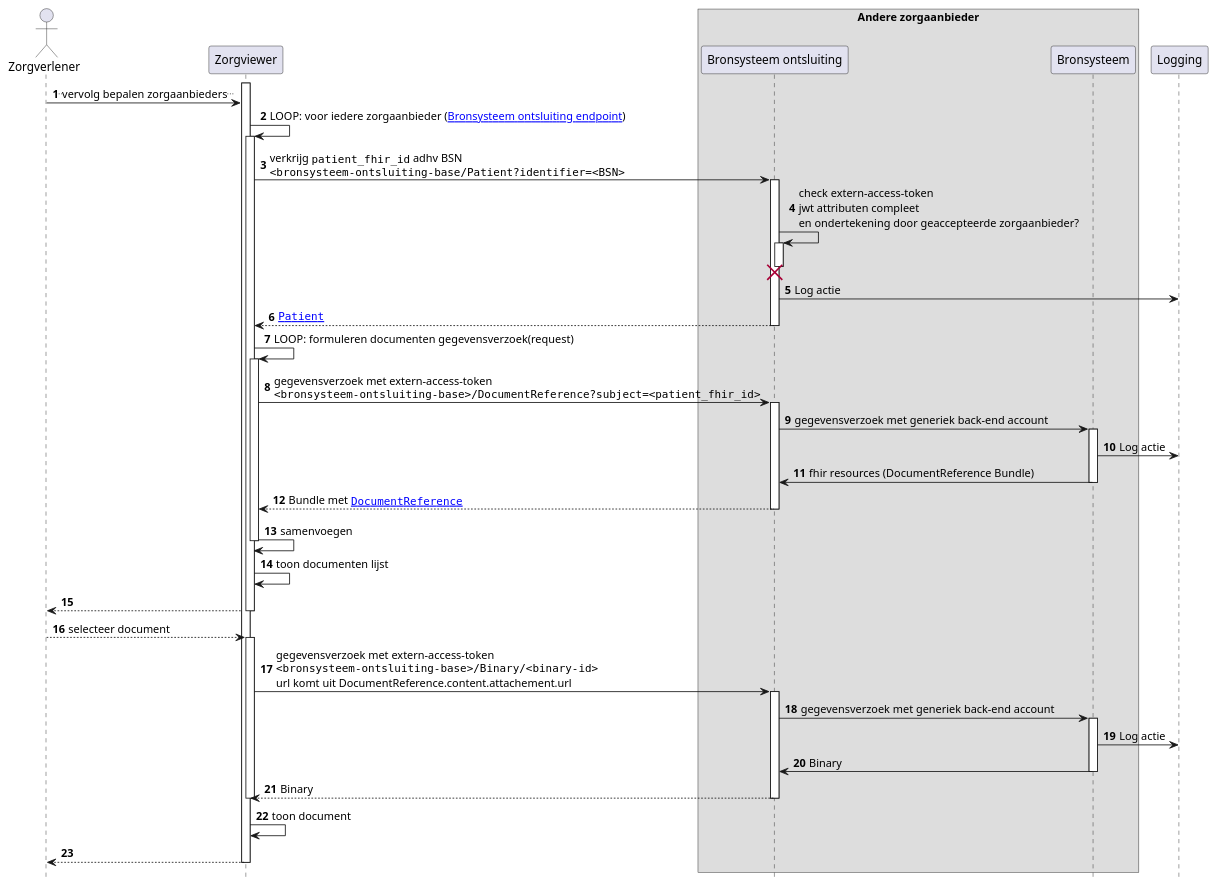
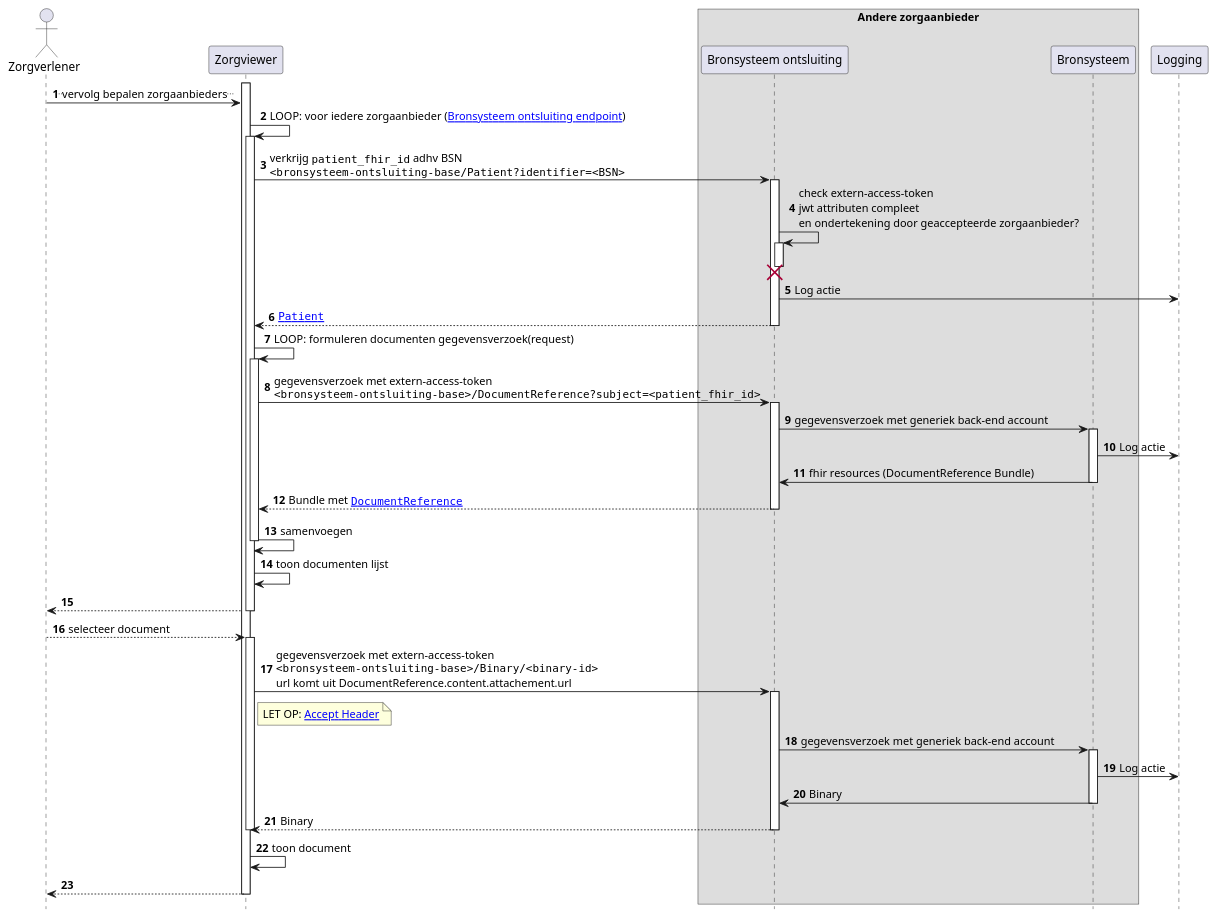
The diagram in input/images-source/Zorgviewer-seq-4.plantuml (RIVO-Noord/zorgviewer-ig), drawn with PlantUML before and after one commit. The commit also changed 3 other files, not shown here.

```diff
--- a/input/images-source/Zorgviewer-seq-4.plantuml
+++ b/input/images-source/Zorgviewer-seq-4.plantuml
@@ -1,56 +1,59 @@
 @startuml
 hide footbox
 autonumber
 
 actor Zorgverlener
 participant Zorgviewer
 box "Andere zorgaanbieder"
 participant "Bronsysteem ontsluiting" as Bron
 participant Bronsysteem
 end box
 
 activate Zorgviewer
 Zorgverlener->Zorgviewer: ..vervolg bepalen zorgaanbieders..
 Zorgviewer->Zorgviewer: LOOP: voor iedere zorgaanbieder ([[Endpoint-UMCG.html Bronsysteem ontsluiting endpoint]])
 activate Zorgviewer
 Zorgviewer->Bron : verkrijg ""patient_fhir_id"" adhv BSN\n""<bronsysteem-ontsluiting-base/Patient?identifier=<BSN>""
 activate Bron
 Bron->Bron++ : check extern-access-token\njwt attributen compleet\nen ondertekening door geaccepteerde zorgaanbieder?
 destroy Bron
 Bron->Logging : Log actie
 Bron-->Zorgviewer : ""[[StructureDefinition-Patient.html Patient]]""
 deactivate Bron
 Zorgviewer->Zorgviewer: LOOP: formuleren documenten gegevensverzoek(request)
 activate Zorgviewer
 Zorgviewer->Bron: gegevensverzoek met extern-access-token\n""<bronsysteem-ontsluiting-base>/DocumentReference?subject=<patient_fhir_id>""
 activate Bron
 Bron->Bronsysteem : gegevensverzoek met generiek back-end account
 activate Bronsysteem
 Bronsysteem->Logging : Log actie
 Bronsysteem->Bron: fhir resources (DocumentReference Bundle)
 deactivate Bronsysteem
 Bron-->Zorgviewer: Bundle met ""[[StructureDefinition-DocumentReference.html DocumentReference]]""
 deactivate Bron
 Zorgviewer->Zorgviewer: samenvoegen
 deactivate Zorgviewer
 Zorgviewer->Zorgviewer: toon documenten lijst
 Zorgviewer-->Zorgverlener
 deactivate Zorgviewer
 
 Zorgverlener-->Zorgviewer: selecteer document
 activate Zorgviewer
 Zorgviewer->Bron: gegevensverzoek met extern-access-token\n""<bronsysteem-ontsluiting-base>/Binary/<binary-id>""\nurl komt uit DocumentReference.content.attachement.url
+note right Zorgviewer
+    LET OP: [[http://hl7.org/fhir/STU3/binary.html#rest Accept Header]]
+end note
 activate Bron
 Bron->Bronsysteem : gegevensverzoek met generiek back-end account
 activate Bronsysteem
 Bronsysteem->Logging : Log actie
 Bronsysteem->Bron: Binary
 deactivate Bronsysteem
 Bron-->Zorgviewer: Binary
 deactivate Bron
 deactivate Zorgviewer
 Zorgviewer->Zorgviewer: toon document
 Zorgviewer-->Zorgverlener
 deactivate Zorgviewer
 
 @enduml
```
